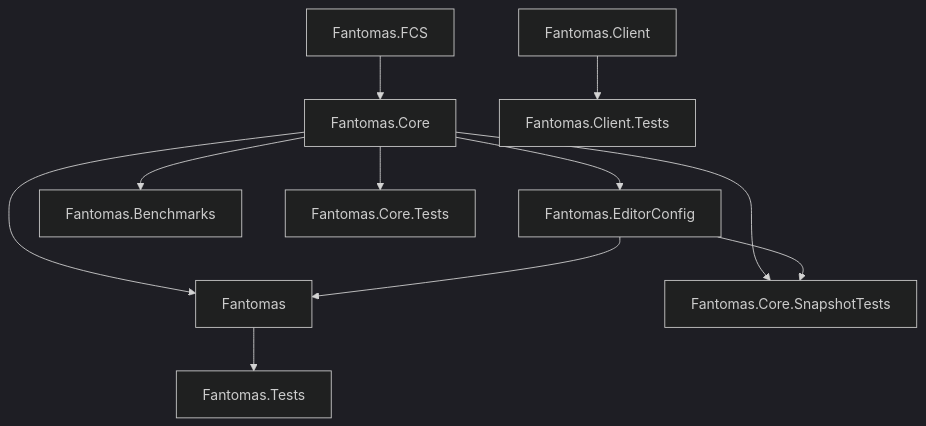
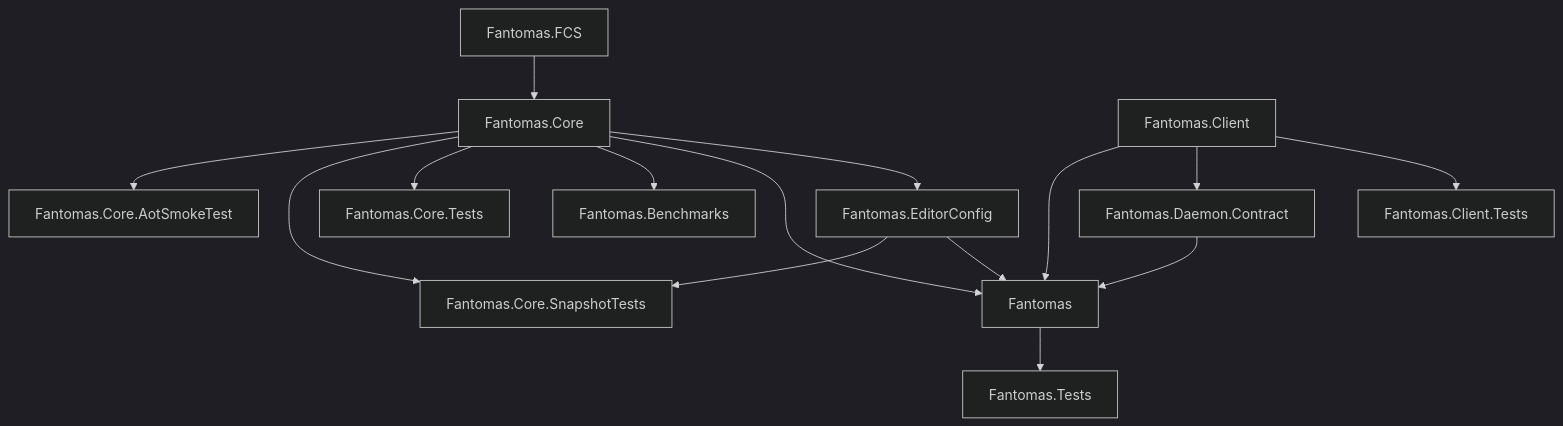
The diagram in docs/docs/contributors/Solution Structure.md (fsprojects/fantomas), drawn with Mermaid (dark theme) before and after one commit. The commit also changed other lines of this file and 9 other files, not shown here.

````diff
--- a/docs/docs/contributors/Solution Structure.md
+++ b/docs/docs/contributors/Solution Structure.md
@@ -11,13 +11,17 @@
 ```mermaid
 graph TD
     A[Fantomas.FCS] --> B
     B[Fantomas.Core] --> J[Fantomas.EditorConfig]
     B --> C[Fantomas]
     J --> C
     B --> D[Fantomas.Benchmarks]
     B --> E[Fantomas.Core.Tests]
     B --> I[Fantomas.Core.SnapshotTests]
     J --> I
+    B --> K[Fantomas.Core.AotSmokeTest]
     C --> F[Fantomas.Tests]
     G[Fantomas.Client] --> H[Fantomas.Client.Tests]
+    G --> L[Fantomas.Daemon.Contract]
+    L --> C
+    G --> C
 ```
````
